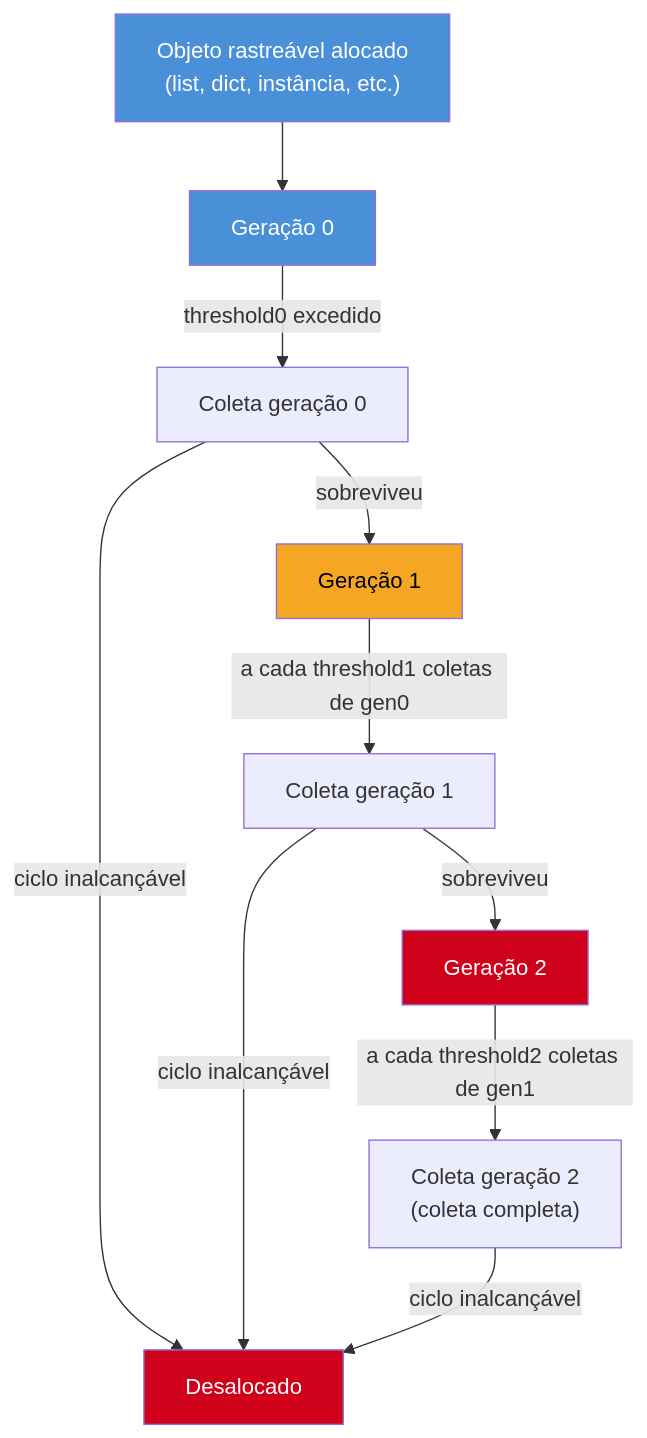
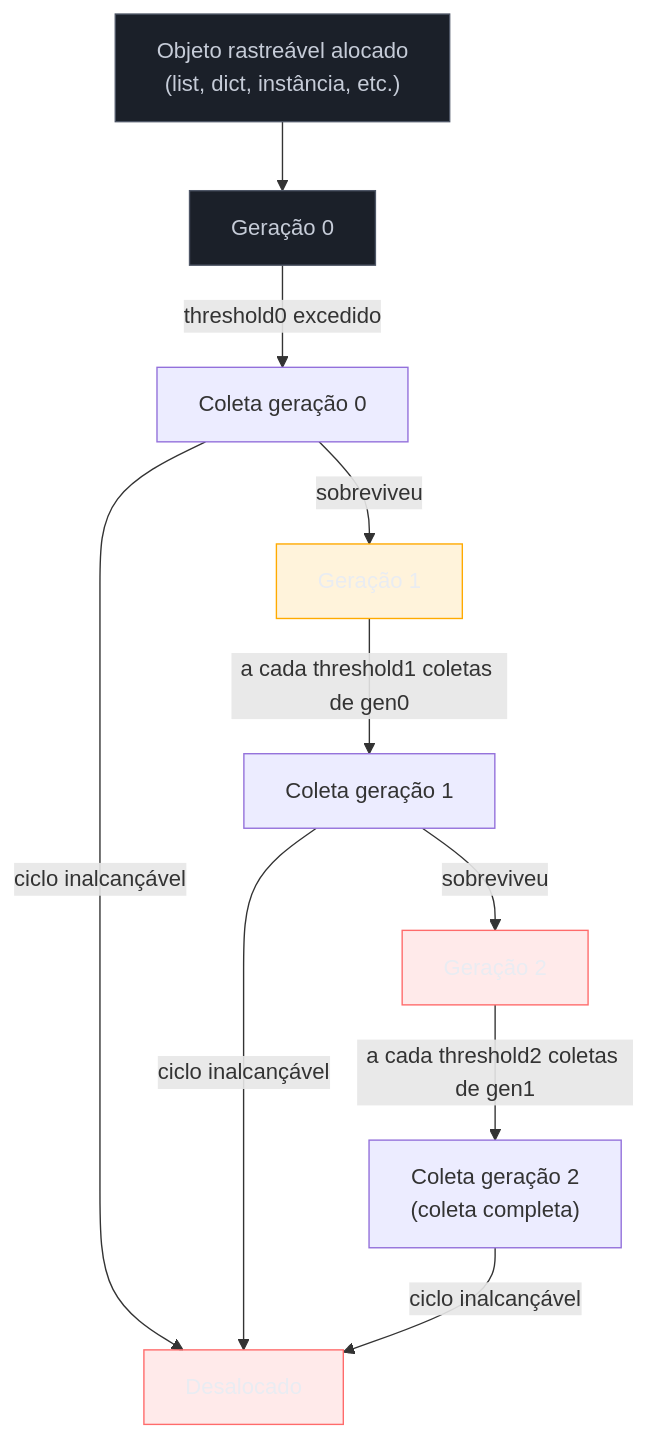
Before and after one commit to josenaldo/codex-technomanticus: the second of 2 diagrams in 03-Dominios/Tecnologia/Python/CPython internals/03 - Reference counting e o Garbage Collector geracional.md, drawn with Mermaid. The commit also changed other lines of this file and 1181 other files, not shown here.

First line of the commit message:
fix(diagramas): paleta do sistema no lugar de cor cravada no markdown

````diff
--- a/03-Dominios/Tecnologia/Python/CPython internals/03 - Reference counting e o Garbage Collector geracional.md
+++ b/03-Dominios/Tecnologia/Python/CPython internals/03 - Reference counting e o Garbage Collector geracional.md
@@ -151,18 +153,21 @@
 ```mermaid
 flowchart TD
+    classDef neutro fill:#1B2029,stroke:#4E5666,color:#C6CCD8
+    classDef destaque fill:#FFAA0024,stroke:#FFAA00,color:#E9ECF2
+    classDef falha fill:#FF6B6B24,stroke:#FF6B6B,color:#E9ECF2
     Alloc["Objeto rastreável alocado<br/>(list, dict, instância, etc.)"] --> Gen0["Geração 0"]
     Gen0 -->|"threshold0 excedido"| Coleta0["Coleta geração 0"]
     Coleta0 -->|"sobreviveu"| Gen1["Geração 1"]
     Coleta0 -->|"ciclo inalcançável"| Dealloc["Desalocado"]
     Gen1 -->|"a cada threshold1 coletas de gen0"| Coleta1["Coleta geração 1"]
     Coleta1 -->|"sobreviveu"| Gen2["Geração 2"]
     Coleta1 -->|"ciclo inalcançável"| Dealloc
     Gen2 -->|"a cada threshold2 coletas de gen1"| Coleta2["Coleta geração 2<br/>(coleta completa)"]
     Coleta2 -->|"ciclo inalcançável"| Dealloc
 
-    style Alloc fill:#4A90D9,color:#fff
-    style Gen0 fill:#4A90D9,color:#fff
-    style Gen1 fill:#F5A623,color:#000
-    style Gen2 fill:#D0021B,color:#fff
-    style Dealloc fill:#D0021B,color:#fff
+    class Alloc neutro
+    class Gen0 neutro
+    class Gen1 destaque
+    class Gen2 falha
+    class Dealloc falha
 ```
````
